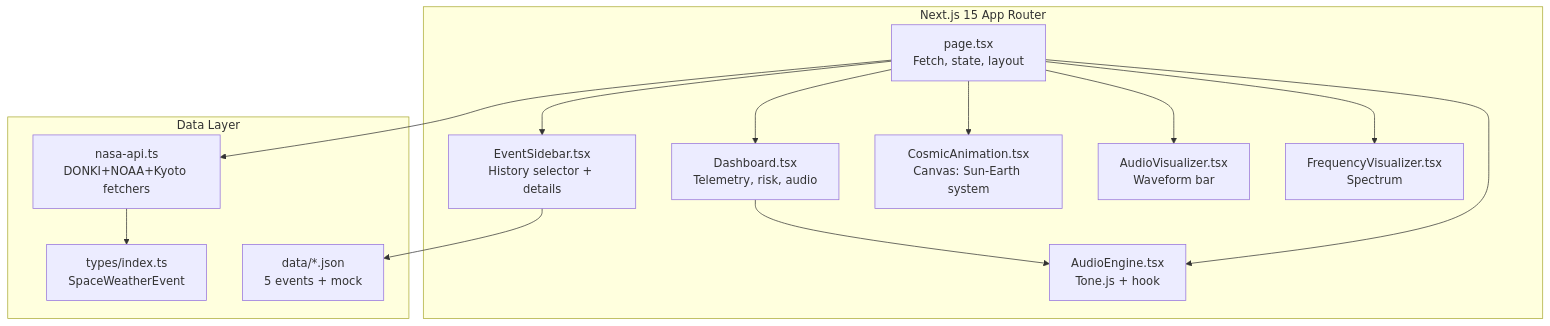
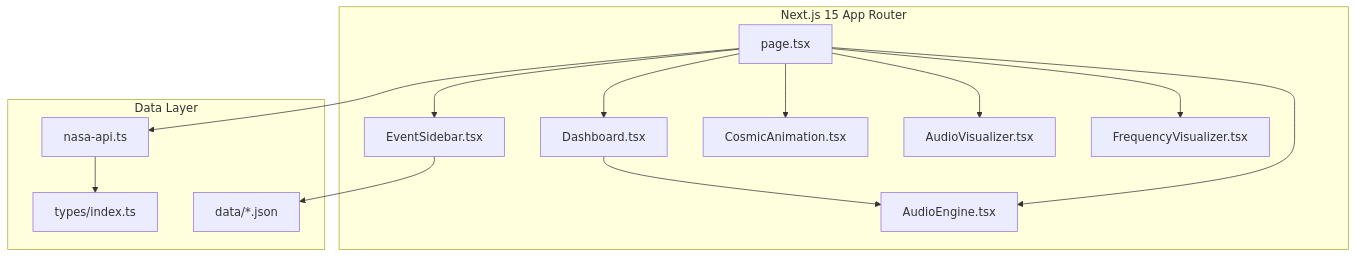
Before and after one commit to CTRLD3FEAT/Heliophon: the third of 3 diagrams in README.md, drawn with Mermaid. The commit also changed other lines of this file, not shown here.

First line of the commit message:
docs: modernize Mermaid diagrams - cleaner flowcharts

````diff
--- a/README.md
+++ b/README.md
@@ -184,29 +171,29 @@
 ```mermaid
 flowchart TB
-    subgraph App["Next.js 15 App Router"]
-        Page["page.tsx\nFetch, state, layout"]
-        Dash["Dashboard.tsx\nTelemetry, risk, audio"]
-        Side["EventSidebar.tsx\nHistory selector + details"]
-        Cosmic["CosmicAnimation.tsx\nCanvas: Sun-Earth system"]
-        AVis["AudioVisualizer.tsx\nWaveform bar"]
-        FVis["FrequencyVisualizer.tsx\nSpectrum"]
-        AEng["AudioEngine.tsx\nTone.js + hook"]
+    subgraph App[Next.js 15 App Router]
+        Page[page.tsx]
+        Dash[Dashboard.tsx]
+        Side[EventSidebar.tsx]
+        Cosmic[CosmicAnimation.tsx]
+        AVis[AudioVisualizer.tsx]
+        FVis[FrequencyVisualizer.tsx]
+        AEng[AudioEngine.tsx]
     end
 
-    subgraph Data["Data Layer"]
-        API["nasa-api.ts\nDONKI+NOAA+Kyoto fetchers"]
-        Types["types/index.ts\nSpaceWeatherEvent"]
-        Hist["data/*.json\n5 events + mock"]
+    subgraph Data[Data Layer]
+        API[nasa-api.ts]
+        Types[types/index.ts]
+        Hist[data/*.json]
     end
 
     Page --> API
     Page --> Dash
     Page --> Side
     Page --> Cosmic
     Page --> AVis
     Page --> FVis
     Page --> AEng
     Dash --> AEng
     API --> Types
     Side --> Hist
 ```
````
